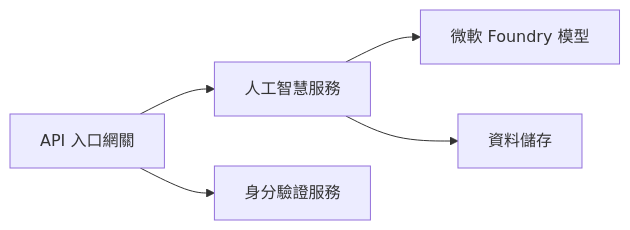
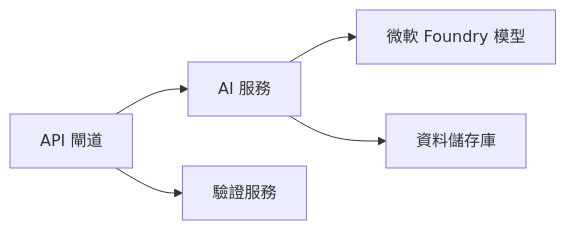
The first of 2 diagrams in translations/zh-TW/docs/chapter-08-production/README.md (microsoft/AZD-for-beginners), drawn with Mermaid before and after one commit. The commit also changed other lines of this file and 104 other files, not shown here.

````diff
--- a/translations/zh-TW/docs/chapter-08-production/README.md
+++ b/translations/zh-TW/docs/chapter-08-production/README.md
@@ -48,6 +48,6 @@
 ```mermaid
 graph LR
-    Gateway[API 入口網關] --> AI[人工智慧服務] --> Models[微軟 Foundry 模型]
-    Gateway --> Auth[身分驗證服務]
-    AI --> Data[資料儲存]
+    Gateway[API 閘道] --> AI[AI 服務] --> Models[微軟 Foundry 模型]
+    Gateway --> Auth[驗證服務]
+    AI --> Data[資料儲存庫]
 ```
````
